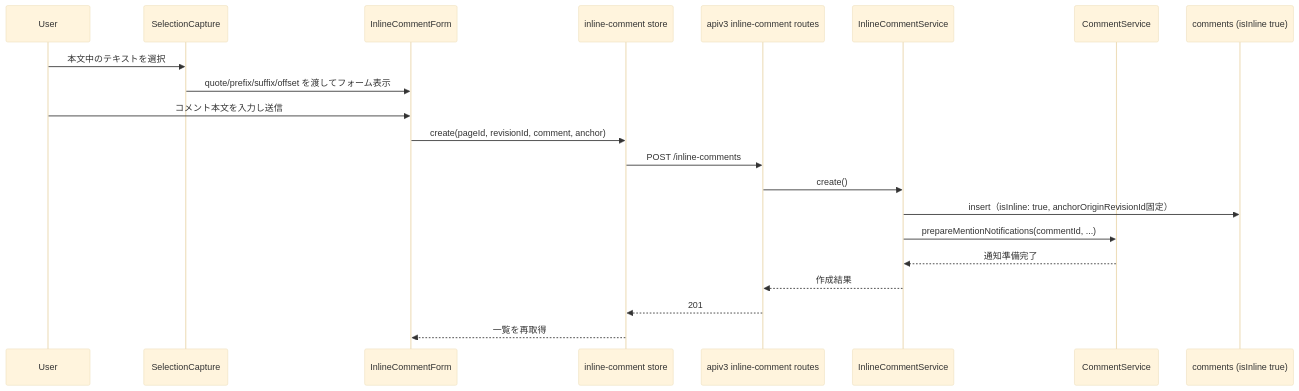
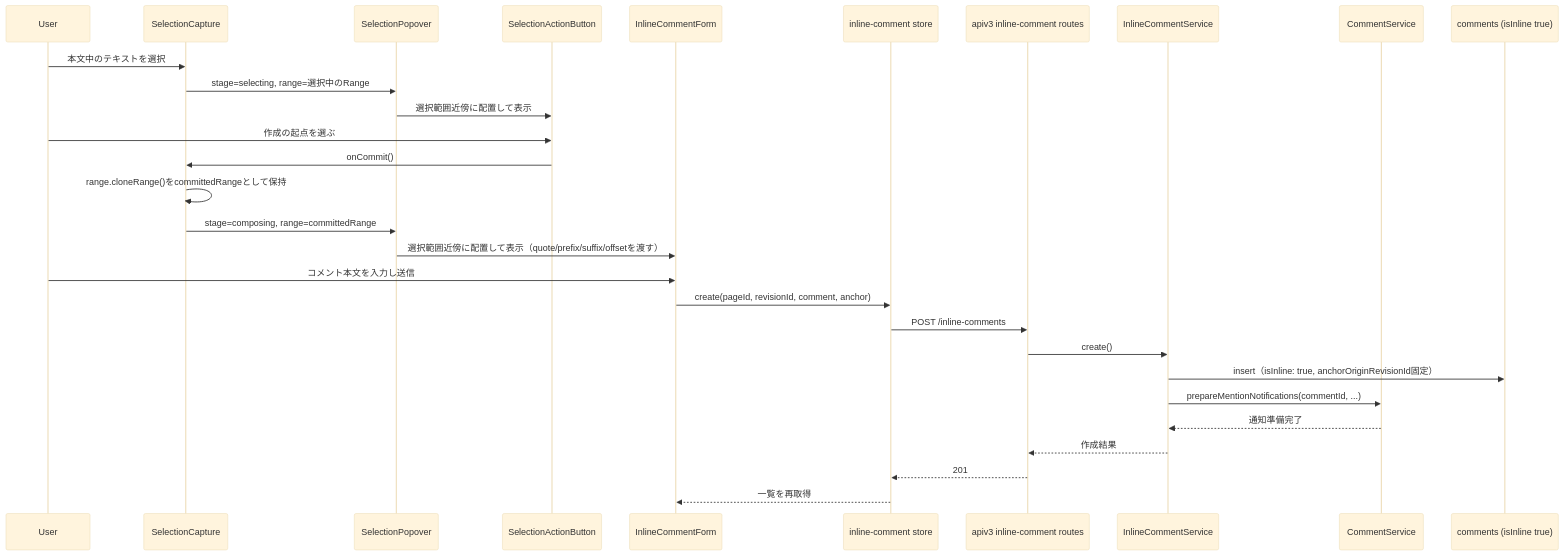
Before and after one commit to growilabs/growi: the second of 3 diagrams in .kiro/specs/inline-comment/design.md, drawn with Mermaid (base theme). The commit also changed other lines of this file and 4 other files, not shown here.

First line of the commit message:
docs(inline-comment): port back inline-comment-selection-ux amendments before retiring it

````diff
--- a/.kiro/specs/inline-comment/design.md
+++ b/.kiro/specs/inline-comment/design.md
@@ -230,24 +251,32 @@
 ```mermaid
 sequenceDiagram
     participant User
     participant SelectionCapture
+    participant SelectionPopover
+    participant SelectionActionButton
     participant InlineCommentForm
     participant Store as inline-comment store
     participant Route as apiv3 inline-comment routes
     participant Service as InlineCommentService
     participant CommentSvc as CommentService
     participant DB as comments (isInline true)
 
     User->>SelectionCapture: 本文中のテキストを選択
-    SelectionCapture->>InlineCommentForm: quote/prefix/suffix/offset を渡してフォーム表示
+    SelectionCapture->>SelectionPopover: stage=selecting, range=選択中のRange
+    SelectionPopover->>SelectionActionButton: 選択範囲近傍に配置して表示
+    User->>SelectionActionButton: 作成の起点を選ぶ
+    SelectionActionButton->>SelectionCapture: onCommit()
+    SelectionCapture->>SelectionCapture: range.cloneRange()をcommittedRangeとして保持
+    SelectionCapture->>SelectionPopover: stage=composing, range=committedRange
+    SelectionPopover->>InlineCommentForm: 選択範囲近傍に配置して表示（quote/prefix/suffix/offsetを渡す）
     User->>InlineCommentForm: コメント本文を入力し送信
     InlineCommentForm->>Store: create(pageId, revisionId, comment, anchor)
     Store->>Route: POST /inline-comments
     Route->>Service: create()
     Service->>DB: insert（isInline: true, anchorOriginRevisionId固定）
     Service->>CommentSvc: prepareMentionNotifications(commentId, ...)
     CommentSvc-->>Service: 通知準備完了
     Service-->>Route: 作成結果
     Route-->>Store: 201
     Store-->>InlineCommentForm: 一覧を再取得
 ```
````
